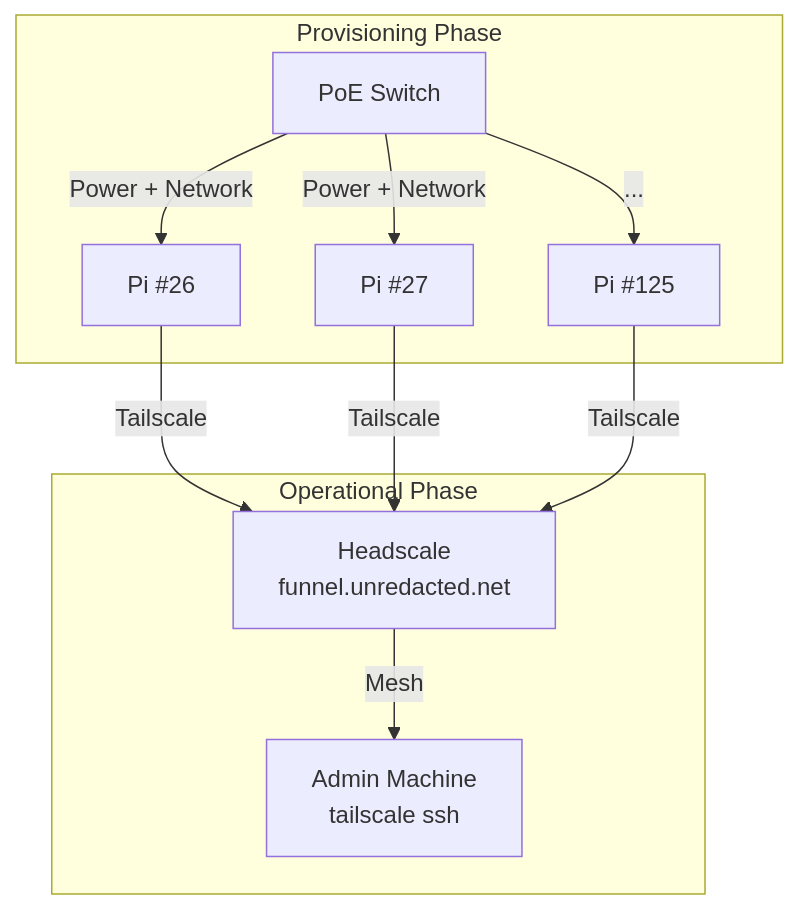
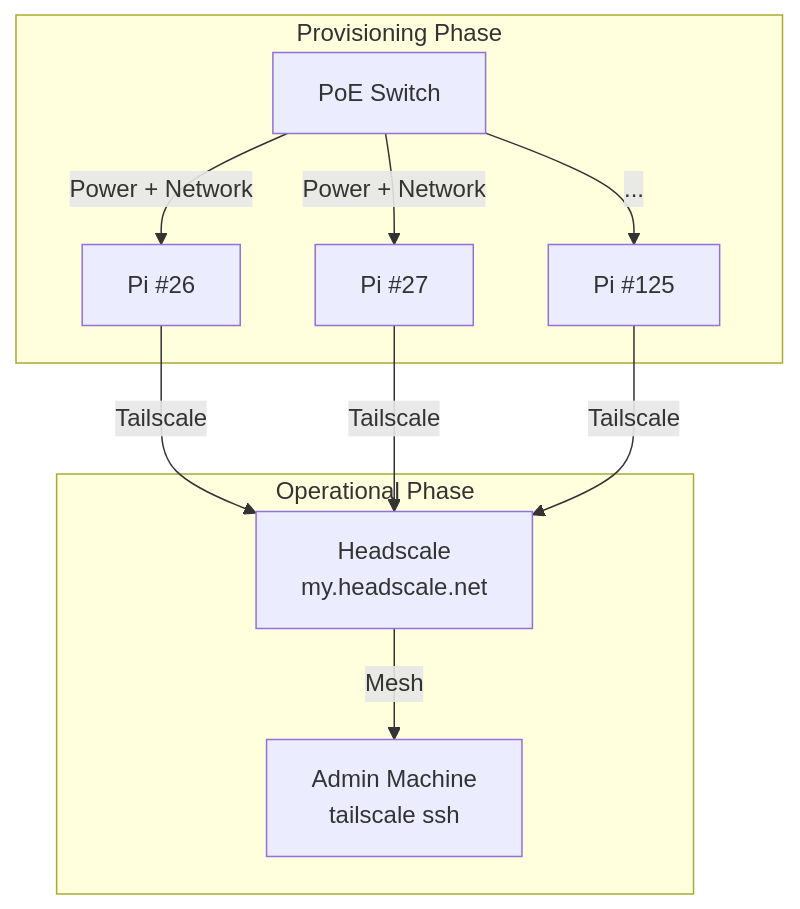
Before and after one commit to unredacted/greenware-tools: the fourth of 4 diagrams in docs/architecture.md, drawn with Mermaid. The commit also changed other lines of this file, not shown here.

Commit message:
docs: Update architecture diagram to reflect new USB provisioning process, detailed USB stick partitions, and script name changes.

````diff
--- a/docs/architecture.md
+++ b/docs/architecture.md
@@ -128,15 +130,15 @@
 ```mermaid
 graph TB
     subgraph "Provisioning Phase"
         POE[PoE Switch] -->|Power + Network| PI1[Pi #26]
         POE -->|Power + Network| PI2[Pi #27]
         POE -->|...| PIN[Pi #125]
     end
 
     subgraph "Operational Phase"
-        PI1 -->|Tailscale| HS[Headscale<br/>funnel.unredacted.net]
+        PI1 -->|Tailscale| HS["Headscale<br/>my.headscale.net"]
         PI2 -->|Tailscale| HS
         PIN -->|Tailscale| HS
         HS -->|Mesh| ADMIN[Admin Machine<br/>tailscale ssh]
     end
 ```
````
